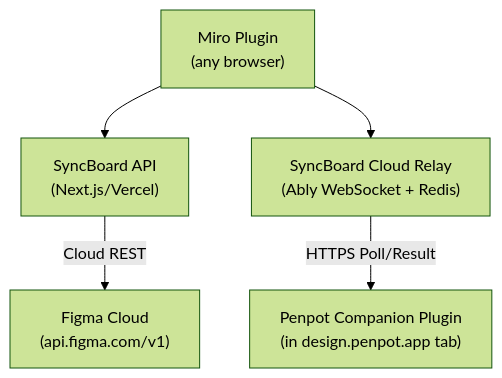
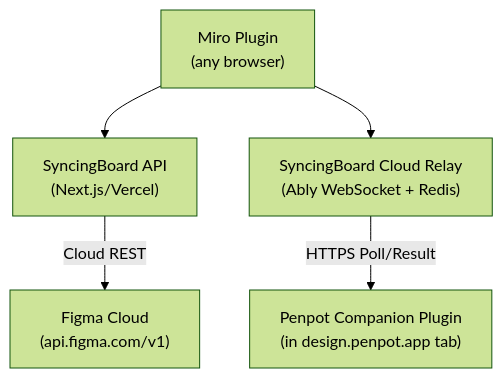
Before and after one commit to luismichio/syncboard: the diagram in doc/architecture/sources.md, drawn with Mermaid (forest theme). The commit also changed other lines of this file and 62 other files, not shown here.

Commit message:
refactor(brand): migrate project, assets, storage keys, and domains to SyncingBoard

````diff
--- a/doc/architecture/sources.md
+++ b/doc/architecture/sources.md
@@ -12,13 +12,13 @@
 ```mermaid
 graph TD
   miro["Miro Plugin<br/>(any browser)"]
-  api["SyncBoard API<br/>(Next.js/Vercel)"]
-  relay["SyncBoard Cloud Relay<br/>(Ably WebSocket + Redis)"]
+  api["SyncingBoard API<br/>(Next.js/Vercel)"]
+  relay["SyncingBoard Cloud Relay<br/>(Ably WebSocket + Redis)"]
   figma["Figma Cloud<br/>(api.figma.com/v1)"]
   penpot["Penpot Companion Plugin<br/>(in design.penpot.app tab)"]
 
   miro --> api
   miro --> relay
   api -->|"Cloud REST"| figma
   relay -->|"HTTPS Poll/Result"| penpot
 ```
````
